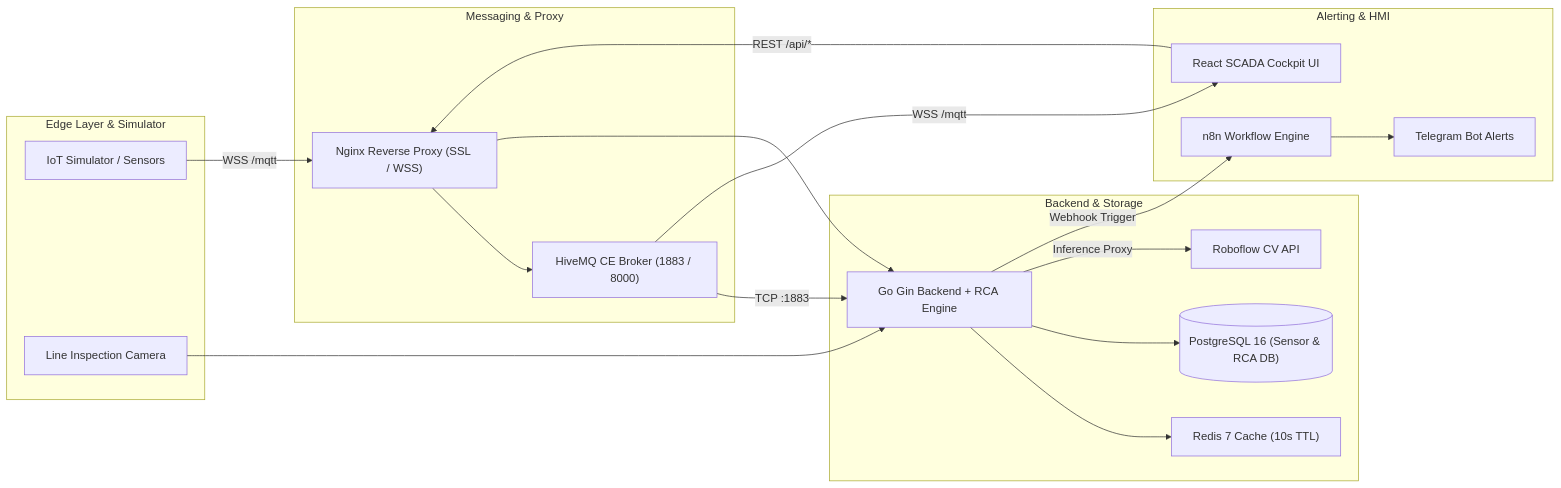
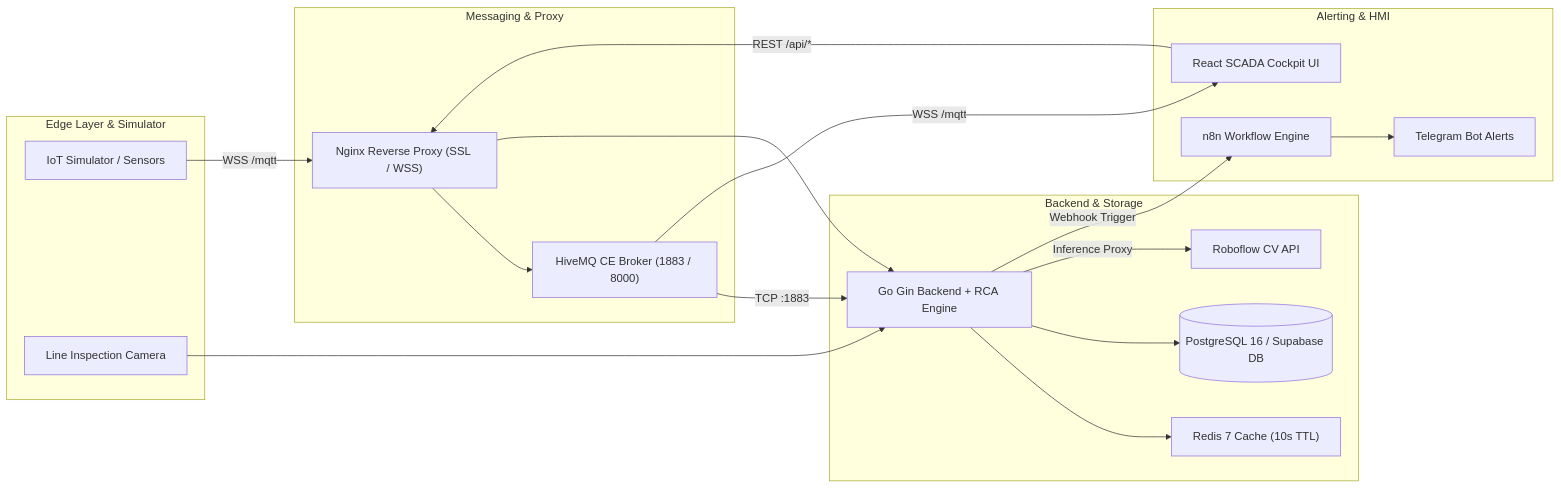
The diagram in README.md (geraldman/bebas-qc), drawn with Mermaid before and after one commit. The commit also changed other lines of this file and 1 other file, not shown here.

Commit message:
feat(db): support Supabase SSL mode & DATABASE_URL and add migration guide to README.md

````diff
--- a/README.md
+++ b/README.md
@@ -17,34 +17,34 @@
 ```mermaid
 flowchart LR
     subgraph Edge["Edge Layer & Simulator"]
         SIM["IoT Simulator / Sensors"]
         CAM["Line Inspection Camera"]
     end
 
     subgraph Broker["Messaging & Proxy"]
         NGINX["Nginx Reverse Proxy (SSL / WSS)"]
         HIVEMQ["HiveMQ CE Broker (1883 / 8000)"]
     end
 
     subgraph Core["Backend & Storage"]
         GO["Go Gin Backend + RCA Engine"]
         REDIS["Redis 7 Cache (10s TTL)"]
-        PG[("PostgreSQL 16 (Sensor & RCA DB)")]
+        PG[("PostgreSQL 16 / Supabase DB")]
         RF["Roboflow CV API"]
     end
 
     subgraph Automation["Alerting & HMI"]
         N8N["n8n Workflow Engine"]
         TG["Telegram Bot Alerts"]
         UI["React SCADA Cockpit UI"]
     end
 
     SIM -- "WSS /mqtt" --> NGINX --> HIVEMQ
     HIVEMQ -- "TCP :1883" --> GO
     HIVEMQ -- "WSS /mqtt" --> UI
     GO --> REDIS
     GO --> PG
     CAM --> GO -- "Inference Proxy" --> RF
     GO -- "Webhook Trigger" --> N8N --> TG
     UI -- "REST /api/*" --> NGINX --> GO
 ```
````
